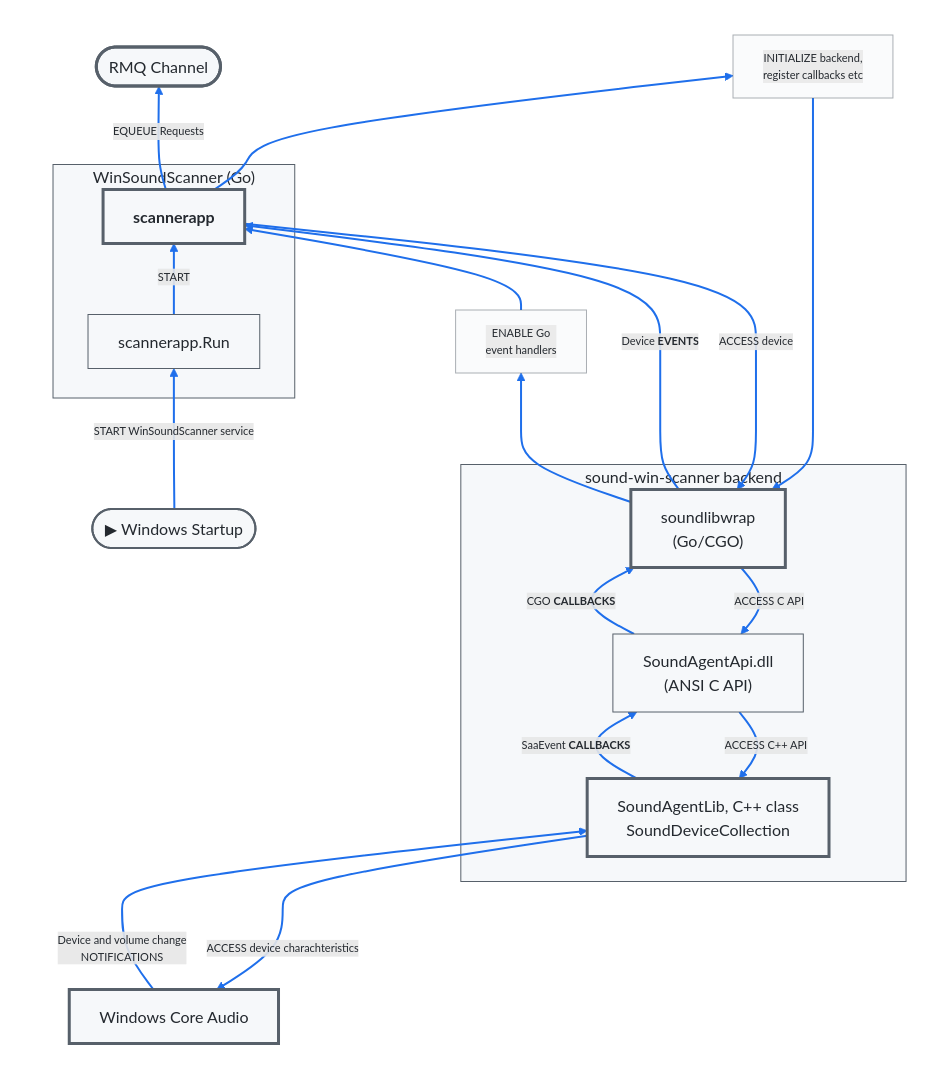
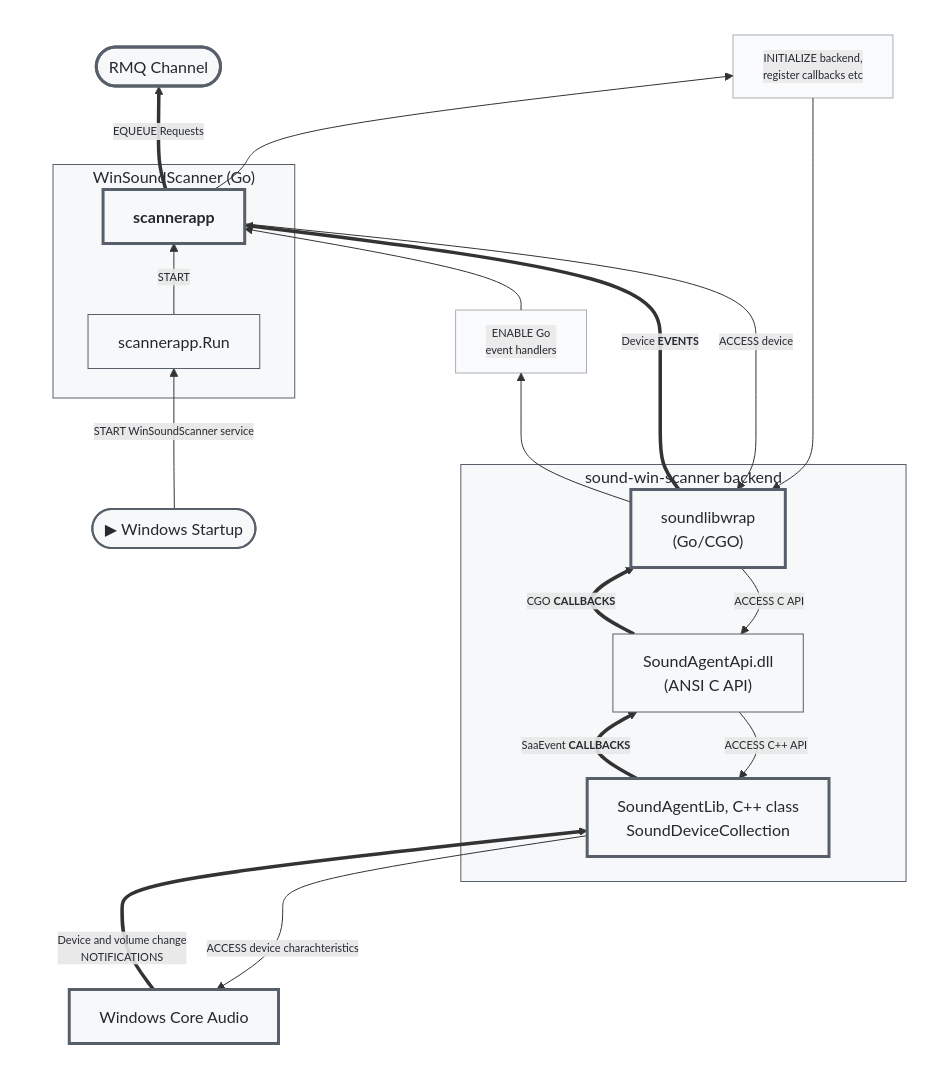
One commit to collect-sound-devices/win-sound-dev-go-bridge changed the diagram in docs/module-interaction02.mmd. Above: the diagram before and after it, drawn with Mermaid. The commit also changed 1 other file, not shown here.

Commit message:
style: remove linkStyle definition for default links in module interaction diagram

```diff
--- a/docs/module-interaction02.mmd
+++ b/docs/module-interaction02.mmd
@@ -1,56 +1,55 @@
 flowchart BT
   classDef edgeLabel fill:#f6f8fa,stroke:#57606a,stroke-width:1px,color:#24292f,font-size:11px;
   classDef transparent fill:none,stroke:none;
 %%  classDef startPoint fill:#d4edda,stroke:#28a745,stroke-width:2px;
   classDef startPoint fill:#f6f8fa,stroke:#57606a,stroke-width:2px,color:#24292f;
   classDef default fill:#f6f8fa,stroke:#57606a,color:#24292f;
   classDef bold fill:#f6f8fa,stroke:#57606a,stroke-width:3px,color:#24292f;
-  linkStyle default stroke:#1f6feb,color:#24292f,stroke-width:2px;
 subgraph LEFT["#10;"]
   WIN["Windows Core Audio"]:::bold
 
   SRV(["▶ Windows Startup"]):::startPoint
 
   subgraph WS["WinSoundScanner (Go)"]
     RUN["scannerapp.Run"]
     APP["<b>scannerapp</b>"]:::bold
   end
   style WS fill:#f6f8fa,stroke:#57606a,color:#24292f
 
   CHAN(["RMQ Channel"]):::bold
 
   SRV --> |START WinSoundScanner service| RUN
   RUN --> |START| APP
 
   APP ==> |EQUEUE Requests| CHAN
 end
 class LEFT transparent
 
 subgraph RIGHT["#10;"]
   subgraph BCK["sound-win-scanner backend"]
 	WRAP["soundlibwrap<br>(Go/CGO)"]:::bold
 	DLL["SoundAgentApi.dll<br>(ANSI C API)"]
 	LIB["SoundAgentLib, C++ class <br>SoundDeviceCollection"]:::bold
   end
   style BCK fill:#f6f8fa,stroke:#57606a,color:#24292f
 
   L_GO["ENABLE Go<br>event handlers"]:::edgeLabel
   L_INIT["INITIALIZE backend,<br/>register callbacks etc"]:::edgeLabel
 
   WRAP --> L_GO --> APP
   APP --> L_INIT --> WRAP
 
   APP --> |ACCESS device| WRAP
   WRAP ==> |Device <b>EVENTS</b>| APP 
 
   WRAP --> |ACCESS C API| DLL
   DLL --> |ACCESS C++ API| LIB
 
   LIB ==>|SaaEvent <b>CALLBACKS</b>| DLL
   DLL ==>|CGO <b>CALLBACKS</b>| WRAP
 
 end
 class RIGHT transparent
 
 WIN ==> |Device and volume change<br>NOTIFICATIONS| LIB
 LIB --> |ACCESS device charachteristics| WIN
```
